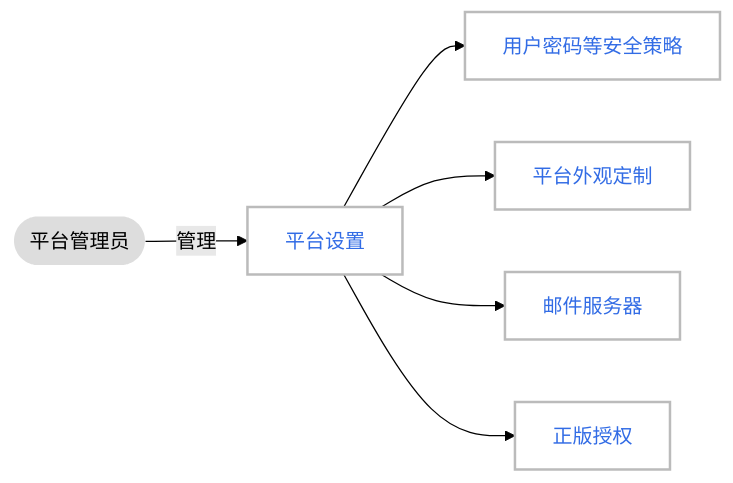
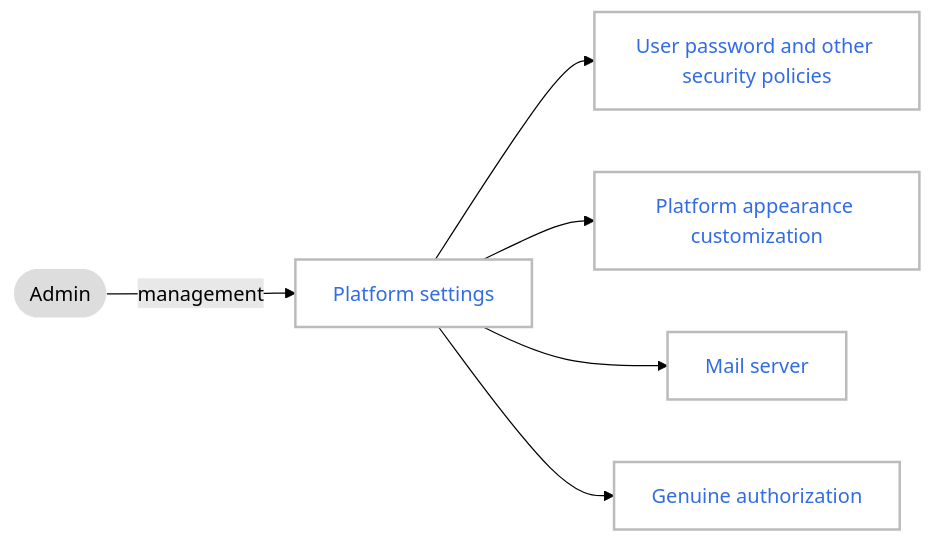
The third of 3 diagrams in docs/en/docs/ghippo/01ProductBrief/Features.md (DaoCloud/DaoCloud-docs), drawn with Mermaid (forest theme) before and after one commit. The commit also changed other lines of this file and 6 other files, not shown here.

````diff
--- a/docs/en/docs/ghippo/01ProductBrief/Features.md
+++ b/docs/en/docs/ghippo/01ProductBrief/Features.md
@@ -92,21 +92,21 @@
-    ```mermaid
-    graph LR
+     ```mermaid
+     graph LR
 
-        admin([平台管理员]) --> |管理|about[平台设置]
-        about --> password[用户密码等安全策略]
-        about --> appear[平台外观定制]
-        about --> mail[邮件服务器]
-        about --> license[正版授权]
+         admin([Admin]) --> |management|about[Platform settings]
+         about --> password[User password and other security policies]
+         about --> appear[Platform appearance customization]
+         about --> mail[Mail server]
+         about --> license[Genuine authorization]
         
-    click about "https://docs.daocloud.io/ghippo/04UserGuide/04PlatformSetting/about/"
-    click password "https://docs.daocloud.io/ghippo/04UserGuide/password/"
-    click appear "https://docs.daocloud.io/ghippo/04UserGuide/04PlatformSetting/Appearance/"
-    click mail "https://docs.daocloud.io/ghippo/04UserGuide/04PlatformSetting/MailServer/"
-    click license "https://docs.daocloud.io/dce/license0/"
+    click about "https://docs.daocloud.io/en/ghippo/04UserGuide/04PlatformSetting/about/"
+    click password "https://docs.daocloud.io/en/ghippo/04UserGuide/password/"
+    click appear "https://docs.daocloud.io/en/ghippo/04UserGuide/04PlatformSetting/Appearance/"
+    click mail "https://docs.daocloud.io/en/ghippo/04UserGuide/04PlatformSetting/MailServer/"
+    click license "https://docs.daocloud.io/en/dce/license0/"
 
     classDef plain fill:#ddd,stroke:#fff,stroke-width:0px,color:#000;
     classDef k8s fill:#326ce5,stroke:#fff,stroke-width:0px,color:#fff;
     classDef cluster fill:#fff,stroke:#bbb,stroke-width:2px,color:#326ce5;
     class admin plain;
     class about,password,appear,mail,license cluster
-    ```
+     ```
````
